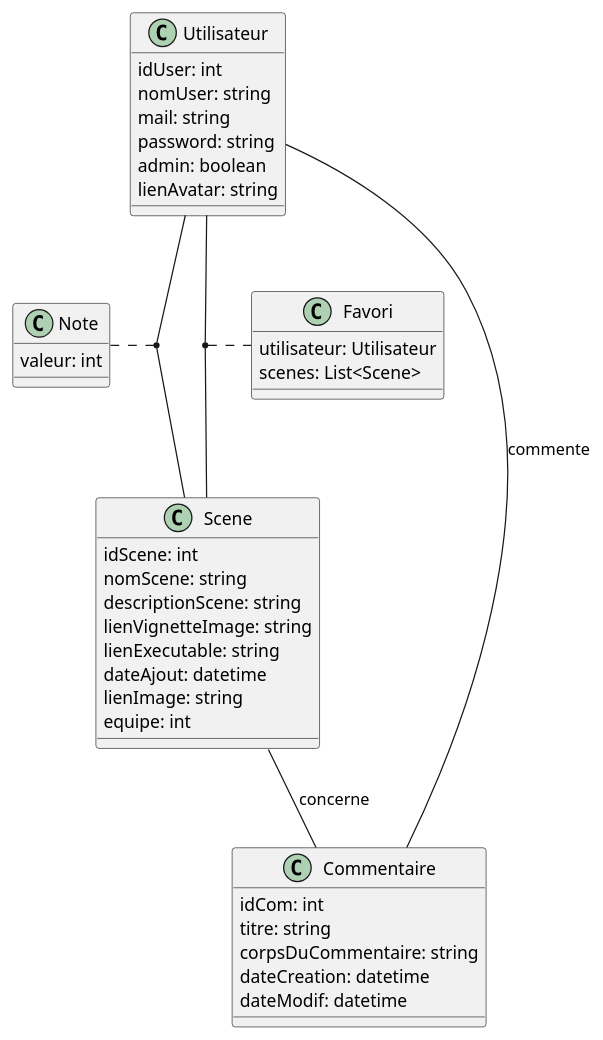
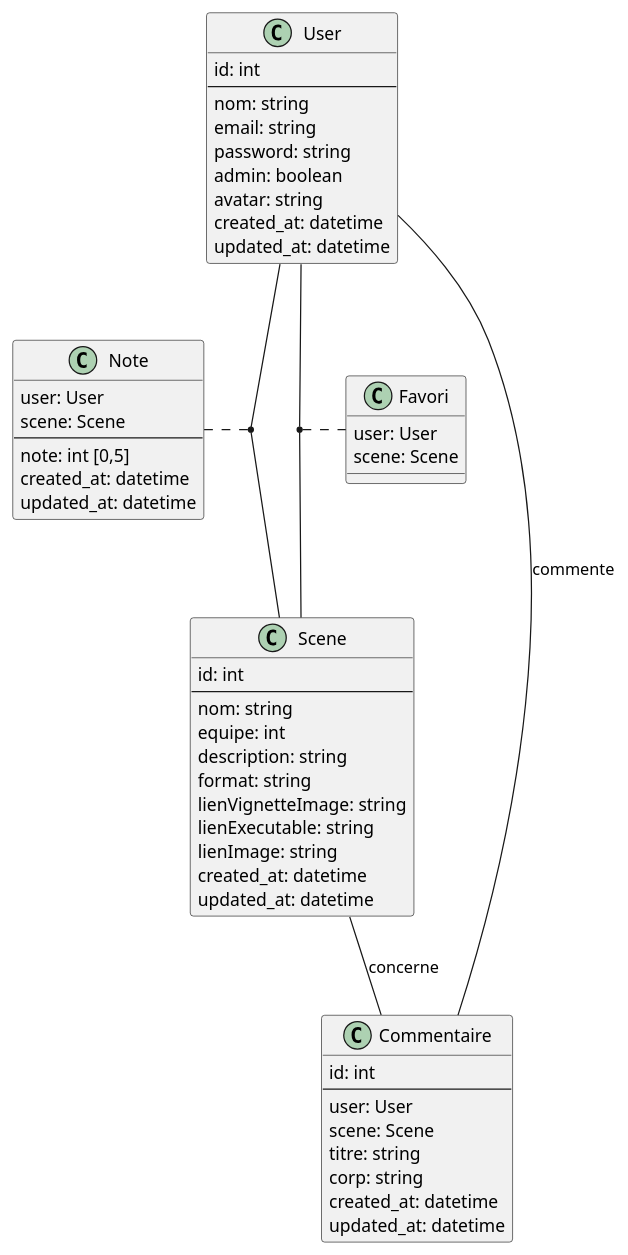
Before and after one commit to RayzerDev/RayTracer-WebSite: the diagram in diag_mcd.plantuml, drawn with PlantUML. The commit also changed 1 other file, not shown here.

Commit message:
Correction de l'UML

```diff
--- a/diag_mcd.plantuml
+++ b/diag_mcd.plantuml
@@ -1,49 +1,63 @@
 @startuml
 
 class Scene {
-  idScene: int
-  nomScene: string
-  descriptionScene: string
+  id: int
+  --
+  nom: string
+  equipe: int
+  description: string
+  format: string
   lienVignetteImage: string
   lienExecutable: string
-  dateAjout: datetime
   lienImage: string
-  equipe: int
+  created_at: datetime
+  updated_at: datetime
 }
 
-class Utilisateur {
-  idUser: int
-  nomUser: string
-  mail: string
+class User {
+  id: int
+  --
+  nom: string
+  email: string
   password: string
   admin: boolean
-  lienAvatar: string
+  avatar: string
+created_at: datetime
+updated_at: datetime
 }
 
 class Commentaire {
-  idCom: int
+  id: int
+  --
+  user: User
+  scene: Scene
   titre: string
-  corpsDuCommentaire: string
-  dateCreation: datetime
-  dateModif: datetime
+  corp: string
+  created_at: datetime
+  updated_at: datetime
 }
 
 class Note{
-   valeur: int
+  user: User
+  scene: Scene
+  --
+  note: int [0,5]
+  created_at: datetime
+  updated_at: datetime
 }
 
 class Favori {
-  utilisateur: Utilisateur
-  scenes: List<Scene>
+  user: User
+  scene: Scene
 }
 
-Utilisateur  --  Commentaire : commente
+User  --  Commentaire : commente
 
 Scene  --  Commentaire : concerne
 
-(Utilisateur, Scene) .. Note
+(User, Scene) .. Note
 
-(Utilisateur, Scene) .. Favori
+(User, Scene) .. Favori
 
 
 @enduml
```
